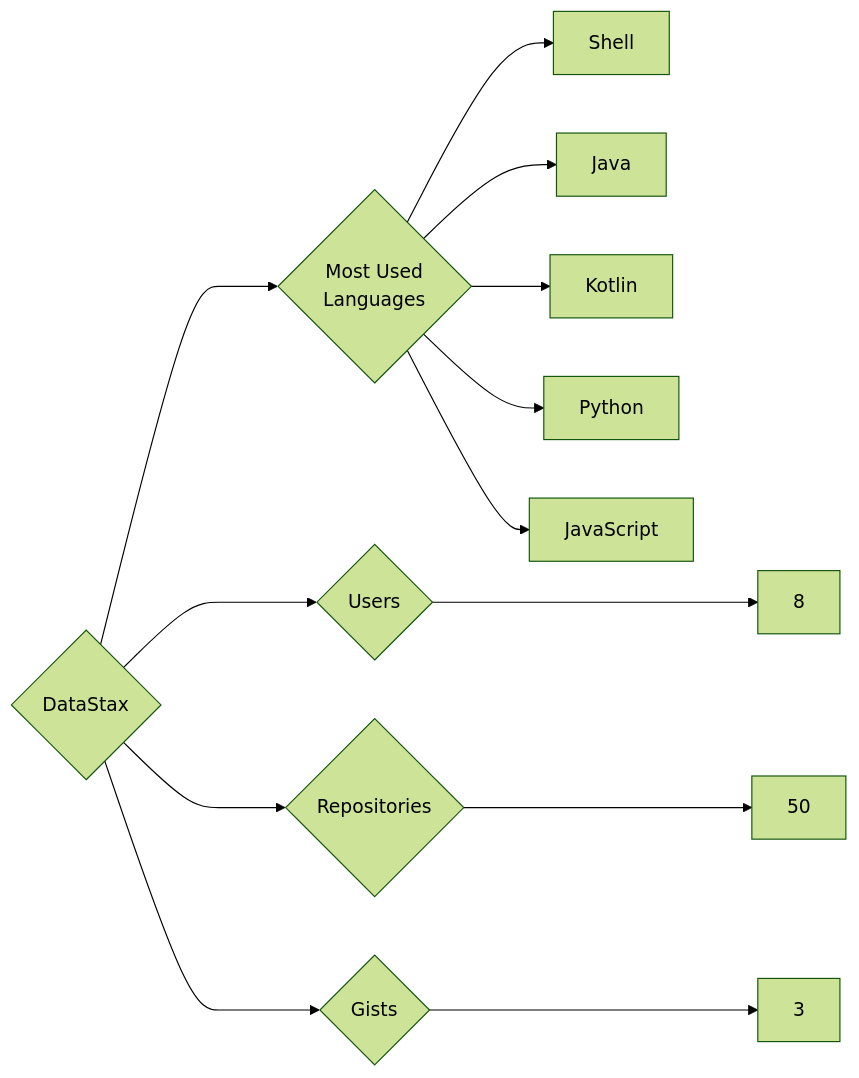
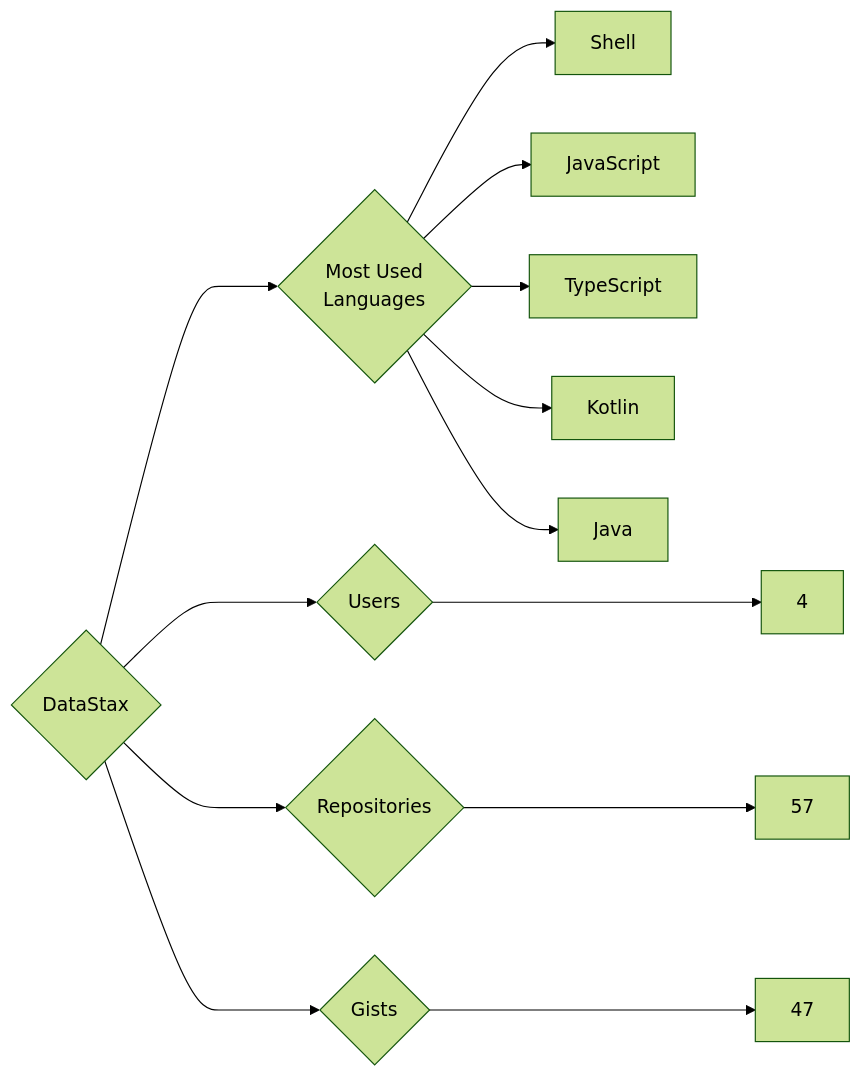
Before and after one commit to trickest/insiders: the diagram in targets/DataStax/README.md, drawn with Mermaid (forest theme). The commit also changed 724 other files, not shown here.

````diff
--- a/targets/DataStax/README.md
+++ b/targets/DataStax/README.md
@@ -3,13 +3,13 @@
 ```mermaid
 graph LR
 COMPANY_NAME{DataStax}
-COMPANY_NAME ---> U{Users} ---> UN[8]
-COMPANY_NAME ---> R{Repositories} ---> RN[50]
-COMPANY_NAME ---> G{Gists} ---> GN[3]
+COMPANY_NAME ---> U{Users} ---> UN[4]
+COMPANY_NAME ---> R{Repositories} ---> RN[57]
+COMPANY_NAME ---> G{Gists} ---> GN[47]
 COMPANY_NAME ---> ML{Most Used<br>Languages}
 ML --> Shell[Shell]
+ML --> JavaScript[JavaScript]
+ML --> TypeScript[TypeScript]
+ML --> Kotlin[Kotlin]
 ML --> Java[Java]
-ML --> Kotlin[Kotlin]
-ML --> Python[Python]
-ML --> JavaScript[JavaScript]
 ```
````
